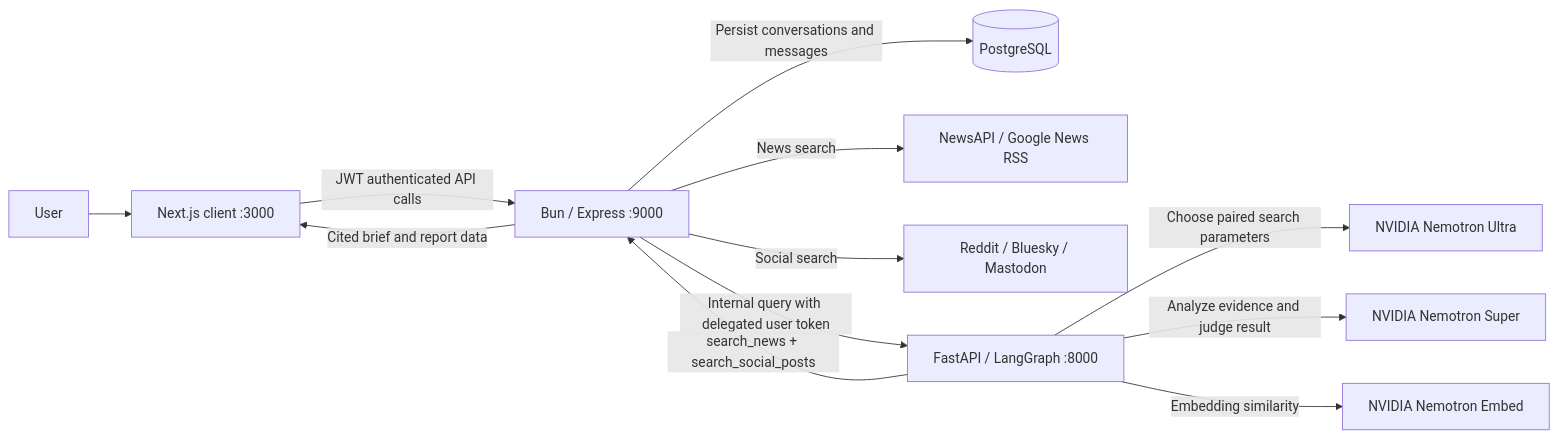
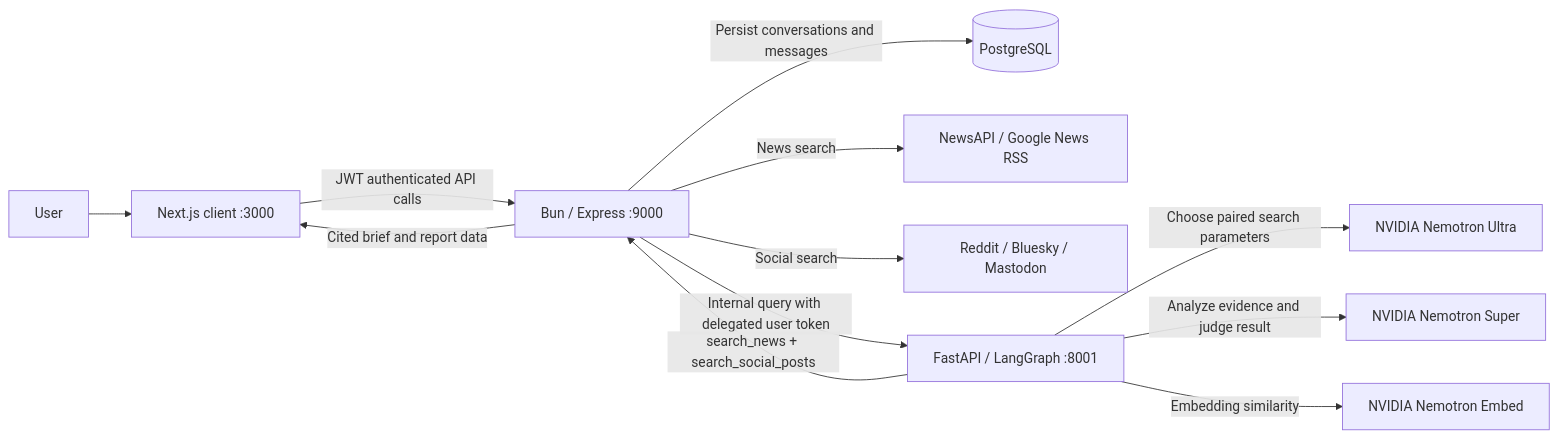
One commit to SuhasKanwar/NarrativeX changed the diagram in README.md. Above: the diagram before and after it, drawn with Mermaid. The commit also changed other lines of this file and 7 other files, not shown here.

````diff
--- a/README.md
+++ b/README.md
@@ -51,14 +51,14 @@
 ```mermaid
 flowchart LR
     U[User] --> C[Next.js client :3000]
     C -->|JWT authenticated API calls| S[Bun / Express :9000]
     S -->|Persist conversations and messages| DB[(PostgreSQL)]
     S -->|News search| N[NewsAPI / Google News RSS]
     S -->|Social search| P[Reddit / Bluesky / Mastodon]
-    S -->|Internal query with delegated user token| A[FastAPI / LangGraph :8000]
+    S -->|Internal query with delegated user token| A[FastAPI / LangGraph :8001]
     A -->|Choose paired search parameters| M1[NVIDIA Nemotron Ultra]
     A -->|search_news + search_social_posts| S
     A -->|Analyze evidence and judge result| M2[NVIDIA Nemotron Super]
     A -->|Embedding similarity| E[NVIDIA Nemotron Embed]
     S -->|Cited brief and report data| C
 ```
````
